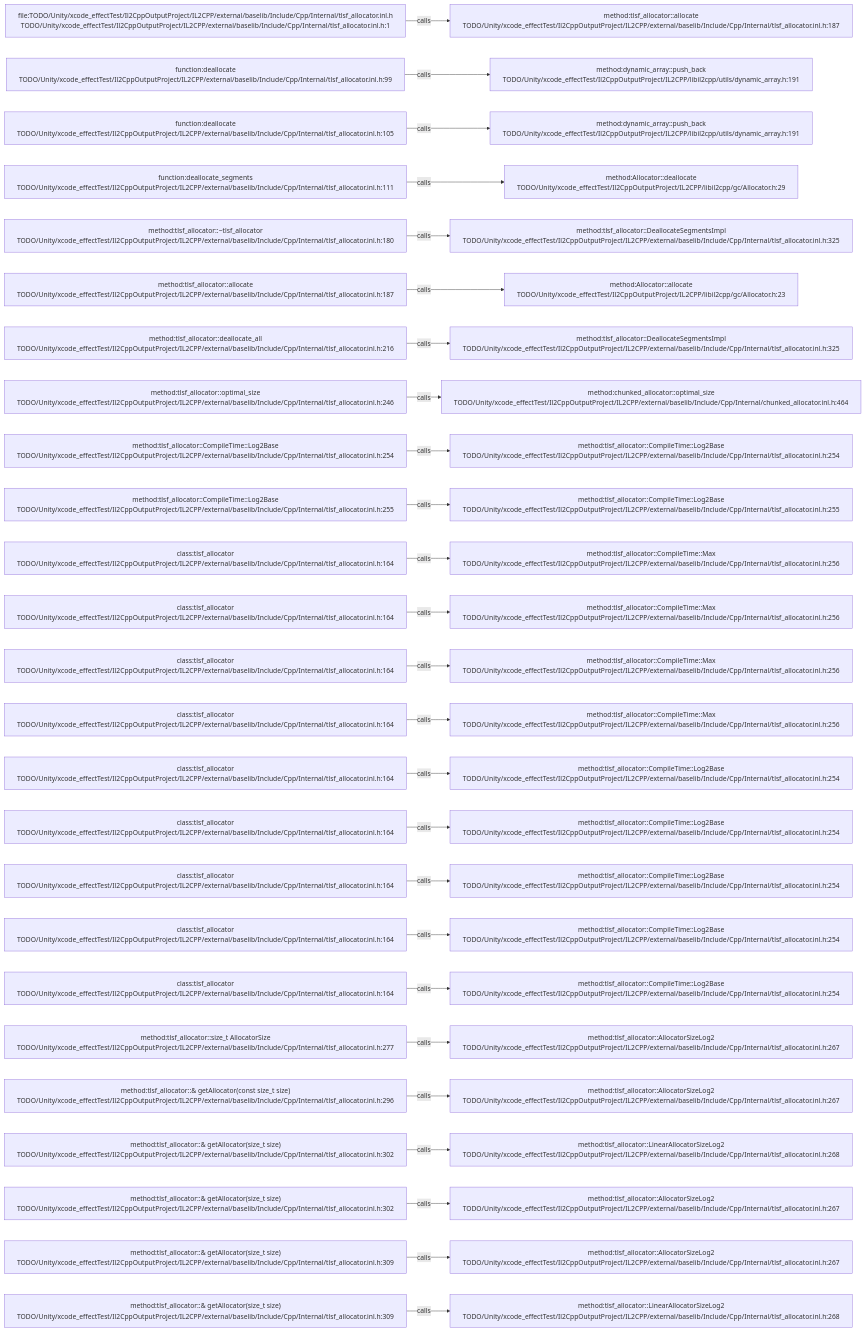
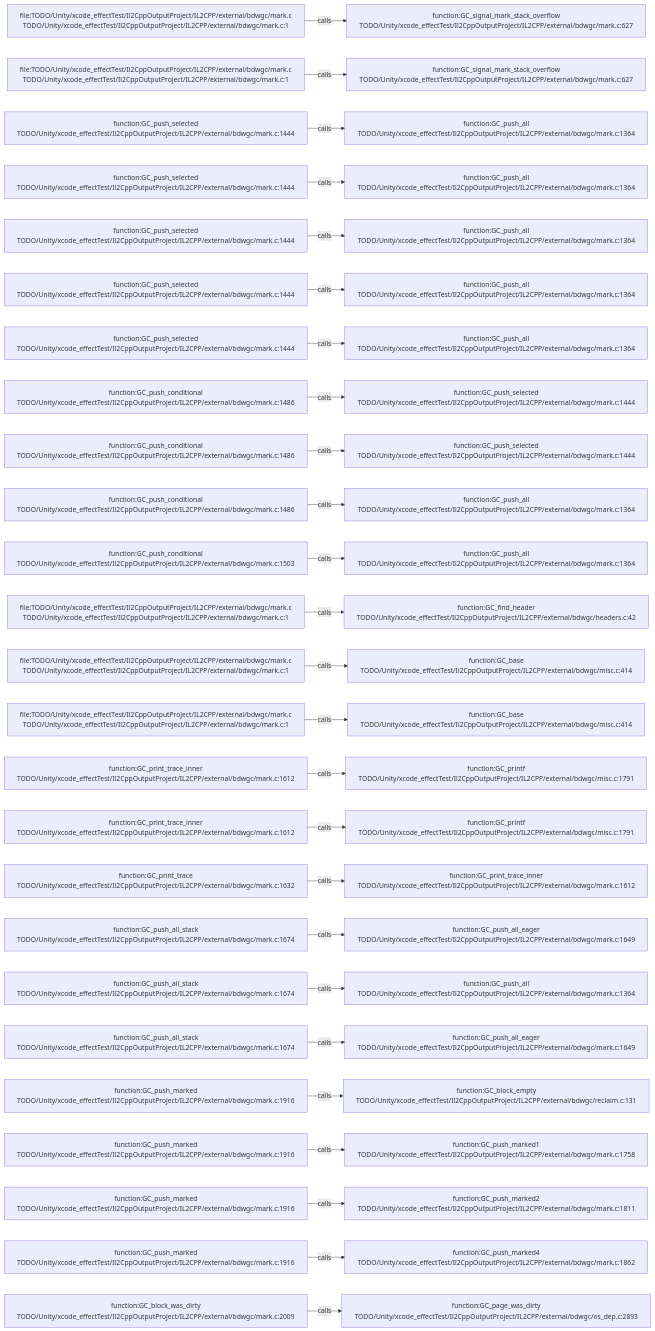
The diagram in .codegraph/codegraph.md/graphs/calls-133.md (JobsKits/JobsSwiftBaseConfigDemo), drawn with Mermaid before and after one commit. The commit also changed 227 other files, not shown here.

````diff
--- a/.codegraph/codegraph.md/graphs/calls-133.md
+++ b/.codegraph/codegraph.md/graphs/calls-133.md
@@ -13,78 +13,78 @@
 ```mermaid
 flowchart LR
-  S1["file:TODO/Unity/xcode_effectTest/Il2CppOutputProject/IL2CPP/external/baselib/Include/Cpp/Internal/tlsf_allocator.inl.h<br/>TODO/Unity/xcode_effectTest/Il2CppOutputProject/IL2CPP/external/baselib/Include/Cpp/Internal/tlsf_allocator.inl.h:1"]
-  T1["method:tlsf_allocator::allocate<br/>TODO/Unity/xcode_effectTest/Il2CppOutputProject/IL2CPP/external/baselib/Include/Cpp/Internal/tlsf_allocator.inl.h:187"]
+  S1["file:TODO/Unity/xcode_effectTest/Il2CppOutputProject/IL2CPP/external/bdwgc/mark.c<br/>TODO/Unity/xcode_effectTest/Il2CppOutputProject/IL2CPP/external/bdwgc/mark.c:1"]
+  T1["function:GC_signal_mark_stack_overflow<br/>TODO/Unity/xcode_effectTest/Il2CppOutputProject/IL2CPP/external/bdwgc/mark.c:627"]
   S1 -->|calls| T1
-  S2["function:deallocate<br/>TODO/Unity/xcode_effectTest/Il2CppOutputProject/IL2CPP/external/baselib/Include/Cpp/Internal/tlsf_allocator.inl.h:99"]
-  T2["method:dynamic_array::push_back<br/>TODO/Unity/xcode_effectTest/Il2CppOutputProject/IL2CPP/libil2cpp/utils/dynamic_array.h:191"]
+  S2["file:TODO/Unity/xcode_effectTest/Il2CppOutputProject/IL2CPP/external/bdwgc/mark.c<br/>TODO/Unity/xcode_effectTest/Il2CppOutputProject/IL2CPP/external/bdwgc/mark.c:1"]
+  T2["function:GC_signal_mark_stack_overflow<br/>TODO/Unity/xcode_effectTest/Il2CppOutputProject/IL2CPP/external/bdwgc/mark.c:627"]
   S2 -->|calls| T2
-  S3["function:deallocate<br/>TODO/Unity/xcode_effectTest/Il2CppOutputProject/IL2CPP/external/baselib/Include/Cpp/Internal/tlsf_allocator.inl.h:105"]
-  T3["method:dynamic_array::push_back<br/>TODO/Unity/xcode_effectTest/Il2CppOutputProject/IL2CPP/libil2cpp/utils/dynamic_array.h:191"]
+  S3["function:GC_push_selected<br/>TODO/Unity/xcode_effectTest/Il2CppOutputProject/IL2CPP/external/bdwgc/mark.c:1444"]
+  T3["function:GC_push_all<br/>TODO/Unity/xcode_effectTest/Il2CppOutputProject/IL2CPP/external/bdwgc/mark.c:1364"]
   S3 -->|calls| T3
-  S4["function:deallocate_segments<br/>TODO/Unity/xcode_effectTest/Il2CppOutputProject/IL2CPP/external/baselib/Include/Cpp/Internal/tlsf_allocator.inl.h:111"]
-  T4["method:Allocator::deallocate<br/>TODO/Unity/xcode_effectTest/Il2CppOutputProject/IL2CPP/libil2cpp/gc/Allocator.h:29"]
+  S4["function:GC_push_selected<br/>TODO/Unity/xcode_effectTest/Il2CppOutputProject/IL2CPP/external/bdwgc/mark.c:1444"]
+  T4["function:GC_push_all<br/>TODO/Unity/xcode_effectTest/Il2CppOutputProject/IL2CPP/external/bdwgc/mark.c:1364"]
   S4 -->|calls| T4
-  S5["method:tlsf_allocator::~tlsf_allocator<br/>TODO/Unity/xcode_effectTest/Il2CppOutputProject/IL2CPP/external/baselib/Include/Cpp/Internal/tlsf_allocator.inl.h:180"]
-  T5["method:tlsf_allocator::DeallocateSegmentsImpl<br/>TODO/Unity/xcode_effectTest/Il2CppOutputProject/IL2CPP/external/baselib/Include/Cpp/Internal/tlsf_allocator.inl.h:325"]
+  S5["function:GC_push_selected<br/>TODO/Unity/xcode_effectTest/Il2CppOutputProject/IL2CPP/external/bdwgc/mark.c:1444"]
+  T5["function:GC_push_all<br/>TODO/Unity/xcode_effectTest/Il2CppOutputProject/IL2CPP/external/bdwgc/mark.c:1364"]
   S5 -->|calls| T5
-  S6["method:tlsf_allocator::allocate<br/>TODO/Unity/xcode_effectTest/Il2CppOutputProject/IL2CPP/external/baselib/Include/Cpp/Internal/tlsf_allocator.inl.h:187"]
-  T6["method:Allocator::allocate<br/>TODO/Unity/xcode_effectTest/Il2CppOutputProject/IL2CPP/libil2cpp/gc/Allocator.h:23"]
+  S6["function:GC_push_selected<br/>TODO/Unity/xcode_effectTest/Il2CppOutputProject/IL2CPP/external/bdwgc/mark.c:1444"]
+  T6["function:GC_push_all<br/>TODO/Unity/xcode_effectTest/Il2CppOutputProject/IL2CPP/external/bdwgc/mark.c:1364"]
   S6 -->|calls| T6
-  S7["method:tlsf_allocator::deallocate_all<br/>TODO/Unity/xcode_effectTest/Il2CppOutputProject/IL2CPP/external/baselib/Include/Cpp/Internal/tlsf_allocator.inl.h:216"]
-  T7["method:tlsf_allocator::DeallocateSegmentsImpl<br/>TODO/Unity/xcode_effectTest/Il2CppOutputProject/IL2CPP/external/baselib/Include/Cpp/Internal/tlsf_allocator.inl.h:325"]
+  S7["function:GC_push_selected<br/>TODO/Unity/xcode_effectTest/Il2CppOutputProject/IL2CPP/external/bdwgc/mark.c:1444"]
+  T7["function:GC_push_all<br/>TODO/Unity/xcode_effectTest/Il2CppOutputProject/IL2CPP/external/bdwgc/mark.c:1364"]
   S7 -->|calls| T7
-  S8["method:tlsf_allocator::optimal_size<br/>TODO/Unity/xcode_effectTest/Il2CppOutputProject/IL2CPP/external/baselib/Include/Cpp/Internal/tlsf_allocator.inl.h:246"]
-  T8["method:chunked_allocator::optimal_size<br/>TODO/Unity/xcode_effectTest/Il2CppOutputProject/IL2CPP/external/baselib/Include/Cpp/Internal/chunked_allocator.inl.h:464"]
+  S8["function:GC_push_conditional<br/>TODO/Unity/xcode_effectTest/Il2CppOutputProject/IL2CPP/external/bdwgc/mark.c:1486"]
+  T8["function:GC_push_selected<br/>TODO/Unity/xcode_effectTest/Il2CppOutputProject/IL2CPP/external/bdwgc/mark.c:1444"]
   S8 -->|calls| T8
-  S9["method:tlsf_allocator::CompileTime::Log2Base<br/>TODO/Unity/xcode_effectTest/Il2CppOutputProject/IL2CPP/external/baselib/Include/Cpp/Internal/tlsf_allocator.inl.h:254"]
-  T9["method:tlsf_allocator::CompileTime::Log2Base<br/>TODO/Unity/xcode_effectTest/Il2CppOutputProject/IL2CPP/external/baselib/Include/Cpp/Internal/tlsf_allocator.inl.h:254"]
+  S9["function:GC_push_conditional<br/>TODO/Unity/xcode_effectTest/Il2CppOutputProject/IL2CPP/external/bdwgc/mark.c:1486"]
+  T9["function:GC_push_selected<br/>TODO/Unity/xcode_effectTest/Il2CppOutputProject/IL2CPP/external/bdwgc/mark.c:1444"]
   S9 -->|calls| T9
-  S10["method:tlsf_allocator::CompileTime::Log2Base<br/>TODO/Unity/xcode_effectTest/Il2CppOutputProject/IL2CPP/external/baselib/Include/Cpp/Internal/tlsf_allocator.inl.h:255"]
-  T10["method:tlsf_allocator::CompileTime::Log2Base<br/>TODO/Unity/xcode_effectTest/Il2CppOutputProject/IL2CPP/external/baselib/Include/Cpp/Internal/tlsf_allocator.inl.h:255"]
+  S10["function:GC_push_conditional<br/>TODO/Unity/xcode_effectTest/Il2CppOutputProject/IL2CPP/external/bdwgc/mark.c:1486"]
+  T10["function:GC_push_all<br/>TODO/Unity/xcode_effectTest/Il2CppOutputProject/IL2CPP/external/bdwgc/mark.c:1364"]
   S10 -->|calls| T10
-  S11["class:tlsf_allocator<br/>TODO/Unity/xcode_effectTest/Il2CppOutputProject/IL2CPP/external/baselib/Include/Cpp/Internal/tlsf_allocator.inl.h:164"]
-  T11["method:tlsf_allocator::CompileTime::Max<br/>TODO/Unity/xcode_effectTest/Il2CppOutputProject/IL2CPP/external/baselib/Include/Cpp/Internal/tlsf_allocator.inl.h:256"]
+  S11["function:GC_push_conditional<br/>TODO/Unity/xcode_effectTest/Il2CppOutputProject/IL2CPP/external/bdwgc/mark.c:1503"]
+  T11["function:GC_push_all<br/>TODO/Unity/xcode_effectTest/Il2CppOutputProject/IL2CPP/external/bdwgc/mark.c:1364"]
   S11 -->|calls| T11
-  S12["class:tlsf_allocator<br/>TODO/Unity/xcode_effectTest/Il2CppOutputProject/IL2CPP/external/baselib/Include/Cpp/Internal/tlsf_allocator.inl.h:164"]
-  T12["method:tlsf_allocator::CompileTime::Max<br/>TODO/Unity/xcode_effectTest/Il2CppOutputProject/IL2CPP/external/baselib/Include/Cpp/Internal/tlsf_allocator.inl.h:256"]
+  S12["file:TODO/Unity/xcode_effectTest/Il2CppOutputProject/IL2CPP/external/bdwgc/mark.c<br/>TODO/Unity/xcode_effectTest/Il2CppOutputProject/IL2CPP/external/bdwgc/mark.c:1"]
+  T12["function:GC_find_header<br/>TODO/Unity/xcode_effectTest/Il2CppOutputProject/IL2CPP/external/bdwgc/headers.c:42"]
   S12 -->|calls| T12
-  S13["class:tlsf_allocator<br/>TODO/Unity/xcode_effectTest/Il2CppOutputProject/IL2CPP/external/baselib/Include/Cpp/Internal/tlsf_allocator.inl.h:164"]
-  T13["method:tlsf_allocator::CompileTime::Max<br/>TODO/Unity/xcode_effectTest/Il2CppOutputProject/IL2CPP/external/baselib/Include/Cpp/Internal/tlsf_allocator.inl.h:256"]
+  S13["file:TODO/Unity/xcode_effectTest/Il2CppOutputProject/IL2CPP/external/bdwgc/mark.c<br/>TODO/Unity/xcode_effectTest/Il2CppOutputProject/IL2CPP/external/bdwgc/mark.c:1"]
+  T13["function:GC_base<br/>TODO/Unity/xcode_effectTest/Il2CppOutputProject/IL2CPP/external/bdwgc/misc.c:414"]
   S13 -->|calls| T13
-  S14["class:tlsf_allocator<br/>TODO/Unity/xcode_effectTest/Il2CppOutputProject/IL2CPP/external/baselib/Include/Cpp/Internal/tlsf_allocator.inl.h:164"]
-  T14["method:tlsf_allocator::CompileTime::Max<br/>TODO/Unity/xcode_effectTest/Il2CppOutputProject/IL2CPP/external/baselib/Include/Cpp/Internal/tlsf_allocator.inl.h:256"]
+  S14["file:TODO/Unity/xcode_effectTest/Il2CppOutputProject/IL2CPP/external/bdwgc/mark.c<br/>TODO/Unity/xcode_effectTest/Il2CppOutputProject/IL2CPP/external/bdwgc/mark.c:1"]
+  T14["function:GC_base<br/>TODO/Unity/xcode_effectTest/Il2CppOutputProject/IL2CPP/external/bdwgc/misc.c:414"]
   S14 -->|calls| T14
-  S15["class:tlsf_allocator<br/>TODO/Unity/xcode_effectTest/Il2CppOutputProject/IL2CPP/external/baselib/Include/Cpp/Internal/tlsf_allocator.inl.h:164"]
-  T15["method:tlsf_allocator::CompileTime::Log2Base<br/>TODO/Unity/xcode_effectTest/Il2CppOutputProject/IL2CPP/external/baselib/Include/Cpp/Internal/tlsf_allocator.inl.h:254"]
+  S15["function:GC_print_trace_inner<br/>TODO/Unity/xcode_effectTest/Il2CppOutputProject/IL2CPP/external/bdwgc/mark.c:1612"]
+  T15["function:GC_printf<br/>TODO/Unity/xcode_effectTest/Il2CppOutputProject/IL2CPP/external/bdwgc/misc.c:1791"]
   S15 -->|calls| T15
-  S16["class:tlsf_allocator<br/>TODO/Unity/xcode_effectTest/Il2CppOutputProject/IL2CPP/external/baselib/Include/Cpp/Internal/tlsf_allocator.inl.h:164"]
-  T16["method:tlsf_allocator::CompileTime::Log2Base<br/>TODO/Unity/xcode_effectTest/Il2CppOutputProject/IL2CPP/external/baselib/Include/Cpp/Internal/tlsf_allocator.inl.h:254"]
+  S16["function:GC_print_trace_inner<br/>TODO/Unity/xcode_effectTest/Il2CppOutputProject/IL2CPP/external/bdwgc/mark.c:1612"]
+  T16["function:GC_printf<br/>TODO/Unity/xcode_effectTest/Il2CppOutputProject/IL2CPP/external/bdwgc/misc.c:1791"]
   S16 -->|calls| T16
-  S17["class:tlsf_allocator<br/>TODO/Unity/xcode_effectTest/Il2CppOutputProject/IL2CPP/external/baselib/Include/Cpp/Internal/tlsf_allocator.inl.h:164"]
-  T17["method:tlsf_allocator::CompileTime::Log2Base<br/>TODO/Unity/xcode_effectTest/Il2CppOutputProject/IL2CPP/external/baselib/Include/Cpp/Internal/tlsf_allocator.inl.h:254"]
+  S17["function:GC_print_trace<br/>TODO/Unity/xcode_effectTest/Il2CppOutputProject/IL2CPP/external/bdwgc/mark.c:1632"]
+  T17["function:GC_print_trace_inner<br/>TODO/Unity/xcode_effectTest/Il2CppOutputProject/IL2CPP/external/bdwgc/mark.c:1612"]
   S17 -->|calls| T17
-  S18["class:tlsf_allocator<br/>TODO/Unity/xcode_effectTest/Il2CppOutputProject/IL2CPP/external/baselib/Include/Cpp/Internal/tlsf_allocator.inl.h:164"]
-  T18["method:tlsf_allocator::CompileTime::Log2Base<br/>TODO/Unity/xcode_effectTest/Il2CppOutputProject/IL2CPP/external/baselib/Include/Cpp/Internal/tlsf_allocator.inl.h:254"]
+  S18["function:GC_push_all_stack<br/>TODO/Unity/xcode_effectTest/Il2CppOutputProject/IL2CPP/external/bdwgc/mark.c:1674"]
+  T18["function:GC_push_all_eager<br/>TODO/Unity/xcode_effectTest/Il2CppOutputProject/IL2CPP/external/bdwgc/mark.c:1649"]
   S18 -->|calls| T18
-  S19["class:tlsf_allocator<br/>TODO/Unity/xcode_effectTest/Il2CppOutputProject/IL2CPP/external/baselib/Include/Cpp/Internal/tlsf_allocator.inl.h:164"]
-  T19["method:tlsf_allocator::CompileTime::Log2Base<br/>TODO/Unity/xcode_effectTest/Il2CppOutputProject/IL2CPP/external/baselib/Include/Cpp/Internal/tlsf_allocator.inl.h:254"]
+  S19["function:GC_push_all_stack<br/>TODO/Unity/xcode_effectTest/Il2CppOutputProject/IL2CPP/external/bdwgc/mark.c:1674"]
+  T19["function:GC_push_all<br/>TODO/Unity/xcode_effectTest/Il2CppOutputProject/IL2CPP/external/bdwgc/mark.c:1364"]
   S19 -->|calls| T19
-  S20["method:tlsf_allocator::size_t AllocatorSize<br/>TODO/Unity/xcode_effectTest/Il2CppOutputProject/IL2CPP/external/baselib/Include/Cpp/Internal/tlsf_allocator.inl.h:277"]
-  T20["method:tlsf_allocator::AllocatorSizeLog2<br/>TODO/Unity/xcode_effectTest/Il2CppOutputProject/IL2CPP/external/baselib/Include/Cpp/Internal/tlsf_allocator.inl.h:267"]
+  S20["function:GC_push_all_stack<br/>TODO/Unity/xcode_effectTest/Il2CppOutputProject/IL2CPP/external/bdwgc/mark.c:1674"]
+  T20["function:GC_push_all_eager<br/>TODO/Unity/xcode_effectTest/Il2CppOutputProject/IL2CPP/external/bdwgc/mark.c:1649"]
   S20 -->|calls| T20
-  S21["method:tlsf_allocator::& getAllocator(const size_t size)<br/>TODO/Unity/xcode_effectTest/Il2CppOutputProject/IL2CPP/external/baselib/Include/Cpp/Internal/tlsf_allocator.inl.h:296"]
-  T21["method:tlsf_allocator::AllocatorSizeLog2<br/>TODO/Unity/xcode_effectTest/Il2CppOutputProject/IL2CPP/external/baselib/Include/Cpp/Internal/tlsf_allocator.inl.h:267"]
+  S21["function:GC_push_marked<br/>TODO/Unity/xcode_effectTest/Il2CppOutputProject/IL2CPP/external/bdwgc/mark.c:1916"]
+  T21["function:GC_block_empty<br/>TODO/Unity/xcode_effectTest/Il2CppOutputProject/IL2CPP/external/bdwgc/reclaim.c:131"]
   S21 -->|calls| T21
-  S22["method:tlsf_allocator::& getAllocator(size_t size)<br/>TODO/Unity/xcode_effectTest/Il2CppOutputProject/IL2CPP/external/baselib/Include/Cpp/Internal/tlsf_allocator.inl.h:302"]
-  T22["method:tlsf_allocator::LinearAllocatorSizeLog2<br/>TODO/Unity/xcode_effectTest/Il2CppOutputProject/IL2CPP/external/baselib/Include/Cpp/Internal/tlsf_allocator.inl.h:268"]
+  S22["function:GC_push_marked<br/>TODO/Unity/xcode_effectTest/Il2CppOutputProject/IL2CPP/external/bdwgc/mark.c:1916"]
+  T22["function:GC_push_marked1<br/>TODO/Unity/xcode_effectTest/Il2CppOutputProject/IL2CPP/external/bdwgc/mark.c:1758"]
   S22 -->|calls| T22
-  S23["method:tlsf_allocator::& getAllocator(size_t size)<br/>TODO/Unity/xcode_effectTest/Il2CppOutputProject/IL2CPP/external/baselib/Include/Cpp/Internal/tlsf_allocator.inl.h:302"]
-  T23["method:tlsf_allocator::AllocatorSizeLog2<br/>TODO/Unity/xcode_effectTest/Il2CppOutputProject/IL2CPP/external/baselib/Include/Cpp/Internal/tlsf_allocator.inl.h:267"]
+  S23["function:GC_push_marked<br/>TODO/Unity/xcode_effectTest/Il2CppOutputProject/IL2CPP/external/bdwgc/mark.c:1916"]
+  T23["function:GC_push_marked2<br/>TODO/Unity/xcode_effectTest/Il2CppOutputProject/IL2CPP/external/bdwgc/mark.c:1811"]
   S23 -->|calls| T23
-  S24["method:tlsf_allocator::& getAllocator(size_t size)<br/>TODO/Unity/xcode_effectTest/Il2CppOutputProject/IL2CPP/external/baselib/Include/Cpp/Internal/tlsf_allocator.inl.h:309"]
-  T24["method:tlsf_allocator::AllocatorSizeLog2<br/>TODO/Unity/xcode_effectTest/Il2CppOutputProject/IL2CPP/external/baselib/Include/Cpp/Internal/tlsf_allocator.inl.h:267"]
+  S24["function:GC_push_marked<br/>TODO/Unity/xcode_effectTest/Il2CppOutputProject/IL2CPP/external/bdwgc/mark.c:1916"]
+  T24["function:GC_push_marked4<br/>TODO/Unity/xcode_effectTest/Il2CppOutputProject/IL2CPP/external/bdwgc/mark.c:1862"]
   S24 -->|calls| T24
-  S25["method:tlsf_allocator::& getAllocator(size_t size)<br/>TODO/Unity/xcode_effectTest/Il2CppOutputProject/IL2CPP/external/baselib/Include/Cpp/Internal/tlsf_allocator.inl.h:309"]
-  T25["method:tlsf_allocator::LinearAllocatorSizeLog2<br/>TODO/Unity/xcode_effectTest/Il2CppOutputProject/IL2CPP/external/baselib/Include/Cpp/Internal/tlsf_allocator.inl.h:268"]
+  S25["function:GC_block_was_dirty<br/>TODO/Unity/xcode_effectTest/Il2CppOutputProject/IL2CPP/external/bdwgc/mark.c:2009"]
+  T25["function:GC_page_was_dirty<br/>TODO/Unity/xcode_effectTest/Il2CppOutputProject/IL2CPP/external/bdwgc/os_dep.c:2893"]
   S25 -->|calls| T25
 ```
````
